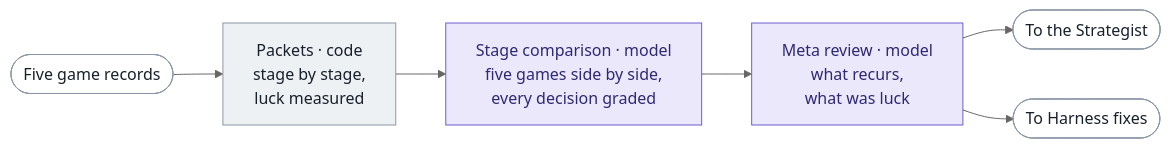
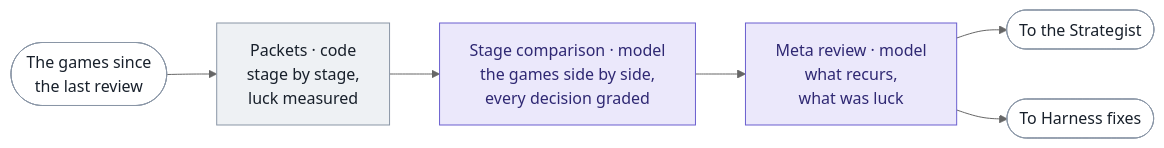
One commit to fancy1026/TFT-climb changed the fourth of 6 diagrams in docs/framework.md. Above: the diagram before and after it, drawn with Mermaid (neutral theme). The commit also changed other lines of this file and 6 other files, not shown here.

First line of the commit message:
Review after every game that is not in the top 4, over the games since the last review

````diff
--- a/docs/framework.md
+++ b/docs/framework.md
@@ -81,18 +81,18 @@
 ```mermaid
 flowchart LR
-  I0(["Five game records"])
+  I0(["The games since<br/>the last review"])
   V0["Packets · code<br/>stage by stage,<br/>luck measured"]
-  V1["Stage comparison · model<br/>five games side by side,<br/>every decision graded"]
+  V1["Stage comparison · model<br/>the games side by side,<br/>every decision graded"]
   V5["Meta review · model<br/>what recurs,<br/>what was luck"]
   O4(["To the Strategist"])
   O5(["To Harness fixes"])
   I0 --> V0 --> V1 --> V5
   V5 --> O4
   V5 --> O5
   classDef model fill:#ebe8fb,stroke:#6a5fcf,color:#2f2873
   classDef code fill:#eef1f4,stroke:#8a96a6,color:#18202b
   classDef hand fill:#ffffff,stroke:#8a96a6,color:#18202b
   class V1,V5 model
   class V0 code
   class I0,O4,O5 hand
 ```
````
